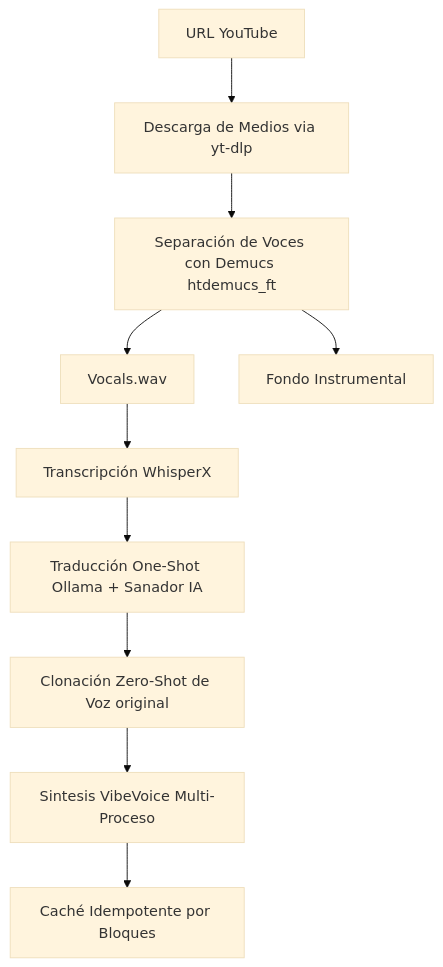
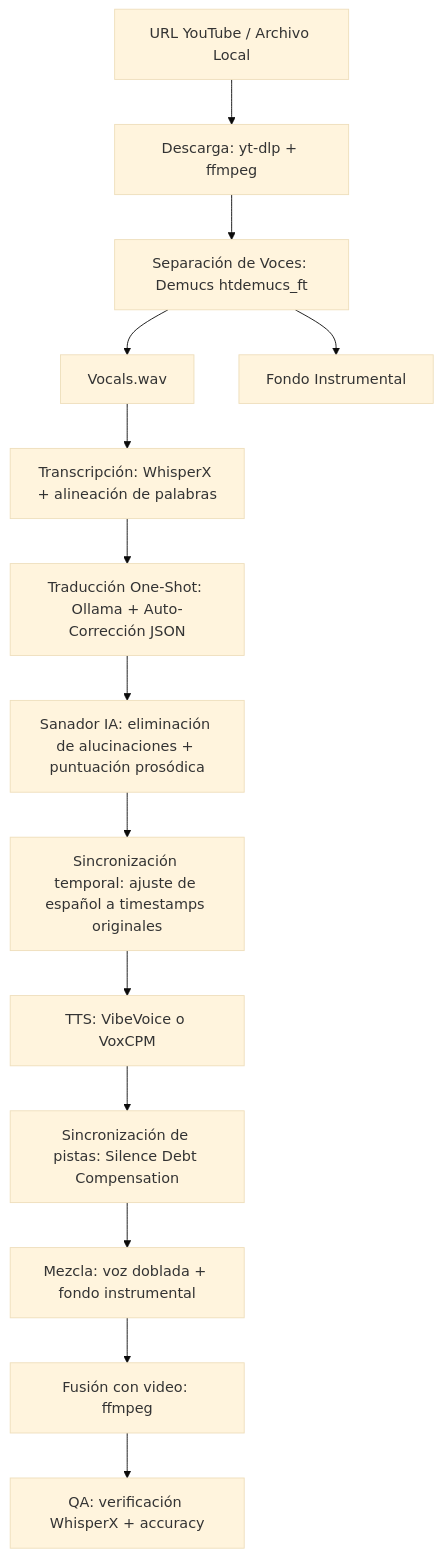
The diagram in README.md (jonnyck-dev/TRADUCTOR), drawn with Mermaid (base theme) before and after one commit. The commit also changed other lines of this file and 1 other file, not shown here.

````diff
--- a/README.md
+++ b/README.md
@@ -12,12 +9,16 @@
 ```mermaid
 graph TD
-    A[URL YouTube] --> B[Descarga de Medios via yt-dlp]
-    B --> C[Separación de Voces con Demucs htdemucs_ft]
+    A[URL YouTube / Archivo Local] --> B[Descarga: yt-dlp + ffmpeg]
+    B --> C[Separación de Voces: Demucs htdemucs_ft]
     C --> D[Vocals.wav]
     C --> E[Fondo Instrumental]
-    D --> F[Transcripción WhisperX]
-    F --> G[Traducción One-Shot Ollama + Sanador IA]
-    G --> H[Clonación Zero-Shot de Voz original]
-    H --> I[Sintesis VibeVoice Multi-Proceso]
-    I --> J[Caché Idempotente por Bloques]
+    D --> F[Transcripción: WhisperX + alineación de palabras]
+    F --> G[Traducción One-Shot: Ollama + Auto-Corrección JSON]
+    G --> H[Sanador IA: eliminación de alucinaciones + puntuación prosódica]
+    H --> I[Sincronización temporal: ajuste de español a timestamps originales]
+    I --> J[TTS: VibeVoice o VoxCPM]
+    J --> K[Sincronización de pistas: Silence Debt Compensation]
+    K --> L[Mezcla: voz doblada + fondo instrumental]
+    L --> M[Fusión con video: ffmpeg]
+    M --> N[QA: verificación WhisperX + accuracy]
 ```
````
